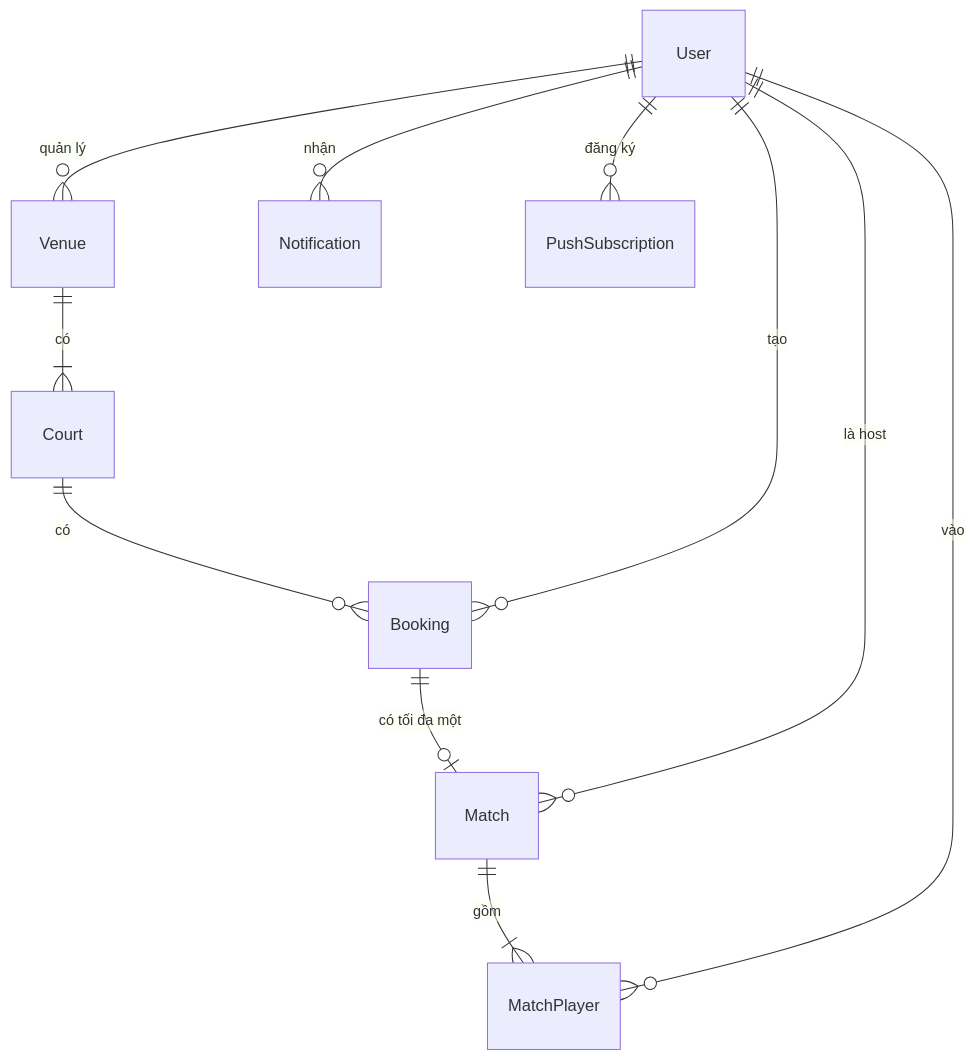
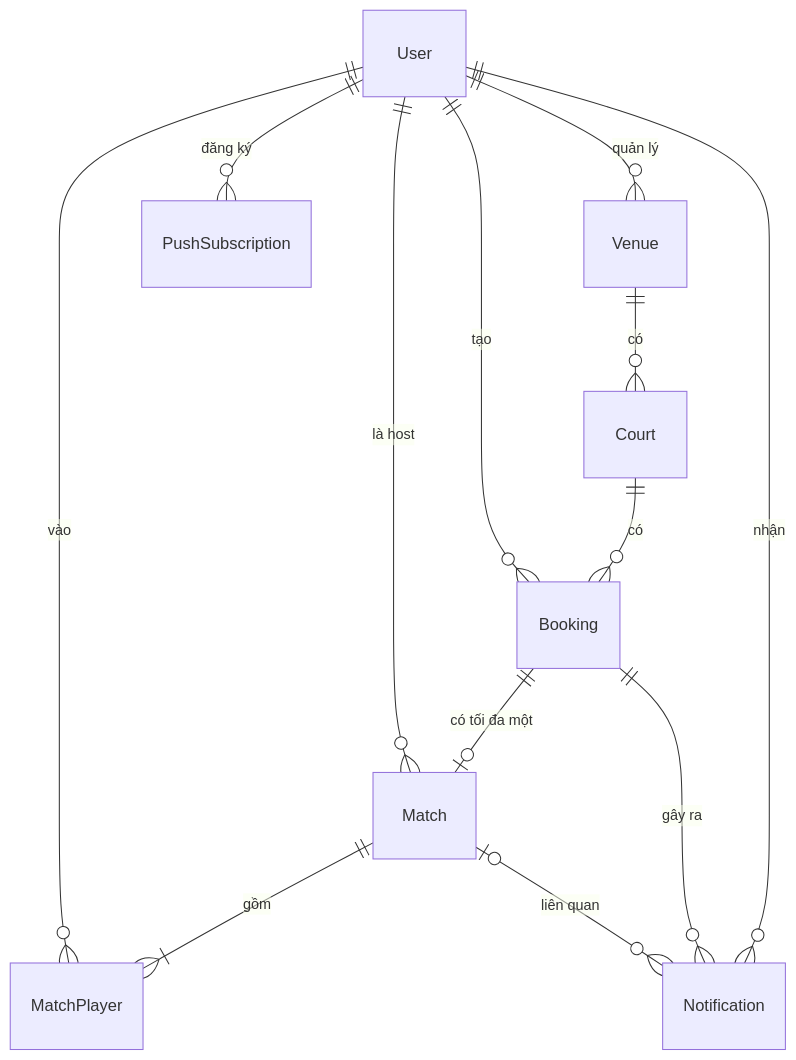
One commit to Tlerd/MON-Sport changed the sixth of 9 diagrams in docs/requirements/models.md. Above: the diagram before and after it, drawn with Mermaid. The commit also changed other lines of this file, not shown here.

````diff
--- a/docs/requirements/models.md
+++ b/docs/requirements/models.md
@@ -172,13 +206,15 @@
 ```mermaid
 erDiagram
     User ||--o{ Venue : "quản lý"
-    Venue ||--|{ Court : "có"
+    Venue ||--o{ Court : "có"
     Court ||--o{ Booking : "có"
     User ||--o{ Booking : "tạo"
     Booking ||--o| Match : "có tối đa một"
     User ||--o{ Match : "là host"
     Match ||--|{ MatchPlayer : "gồm"
     User ||--o{ MatchPlayer : "vào"
     User ||--o{ Notification : "nhận"
+    Booking ||--o{ Notification : "gây ra"
+    Match |o--o{ Notification : "liên quan"
     User ||--o{ PushSubscription : "đăng ký"
 ```
````
